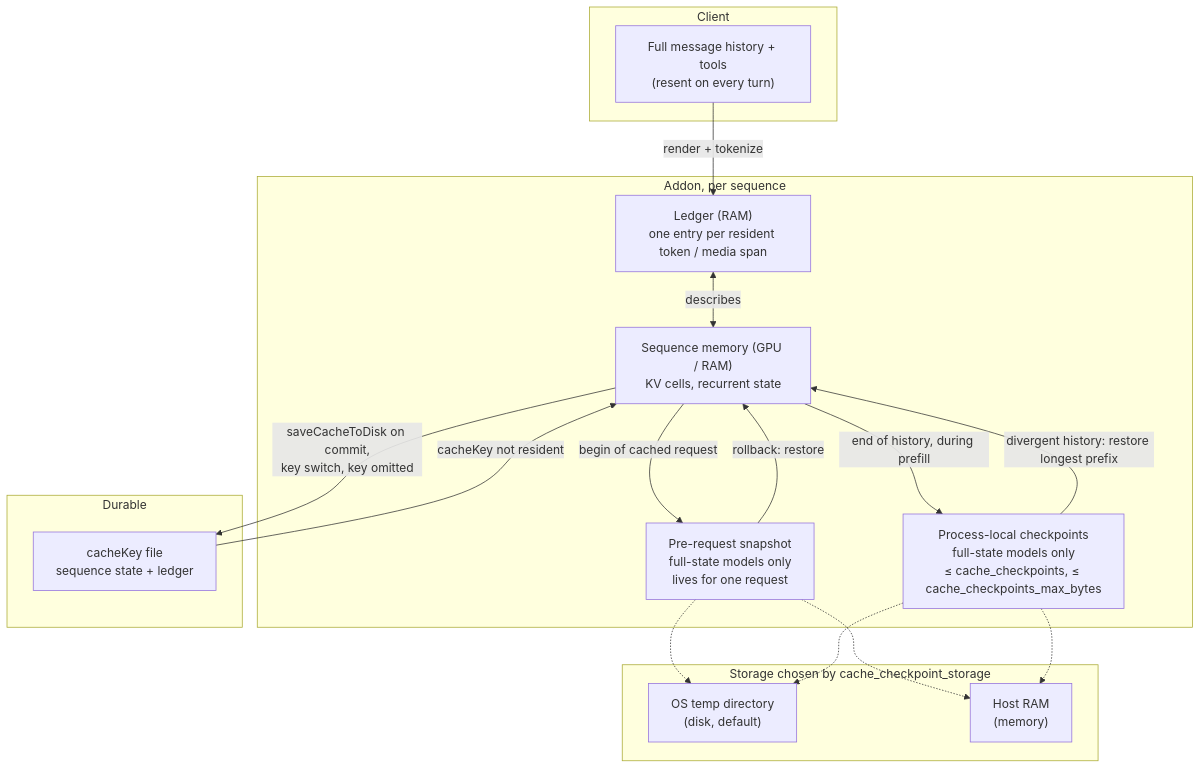
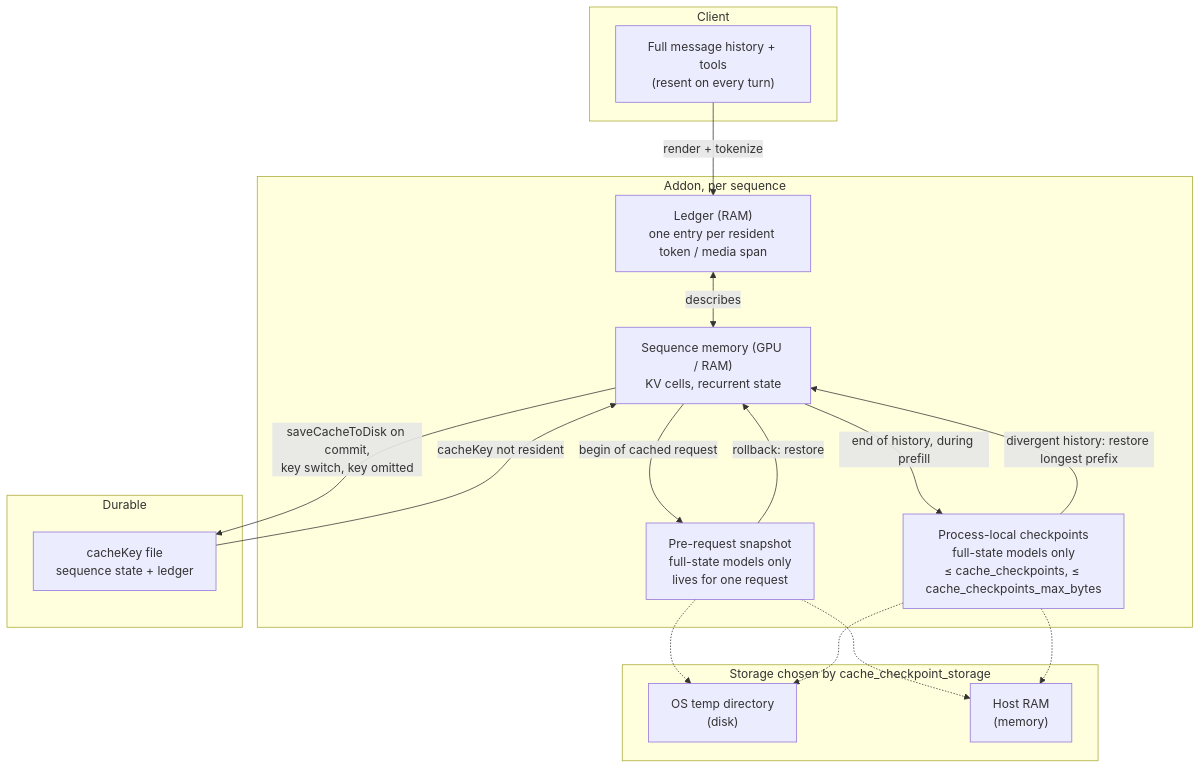
Before and after one commit to tetherto/qvac: the first of 6 diagrams in packages/llm-llamacpp/docs/cache-lifecycle.md, drawn with Mermaid. The commit also changed other lines of this file and 9 other files, not shown here.

````diff
--- a/packages/llm-llamacpp/docs/cache-lifecycle.md
+++ b/packages/llm-llamacpp/docs/cache-lifecycle.md
@@ -11,35 +11,35 @@
 ```mermaid
 graph TB
     subgraph Client
         HIST["Full message history + tools<br/>(resent on every turn)"]
     end
 
     subgraph "Addon, per sequence"
         LEDGER["Ledger (RAM)<br/>one entry per resident token / media span"]
         KV["Sequence memory (GPU / RAM)<br/>KV cells, recurrent state"]
         SNAP["Pre-request snapshot<br/>full-state models only<br/>lives for one request"]
         CKPT["Process-local checkpoints<br/>full-state models only<br/>≤ cache_checkpoints, ≤ cache_checkpoints_max_bytes"]
     end
 
     subgraph "Storage chosen by cache_checkpoint_storage"
-        TMPD["OS temp directory<br/>(disk, default)"]
+        TMPD["OS temp directory<br/>(disk)"]
         HRAM["Host RAM<br/>(memory)"]
     end
 
     subgraph "Durable"
         FILE["cacheKey file<br/>sequence state + ledger"]
     end
 
     HIST -->|render + tokenize| LEDGER
     LEDGER <-->|describes| KV
     KV -->|begin of cached request| SNAP
     KV -->|end of history, during prefill| CKPT
     SNAP -->|rollback: restore| KV
     CKPT -->|divergent history: restore longest prefix| KV
     SNAP -.-> TMPD
     SNAP -.-> HRAM
     CKPT -.-> TMPD
     CKPT -.-> HRAM
     KV -->|saveCacheToDisk on commit,<br/>key switch, key omitted| FILE
     FILE -->|cacheKey not resident| KV
 ```
````
